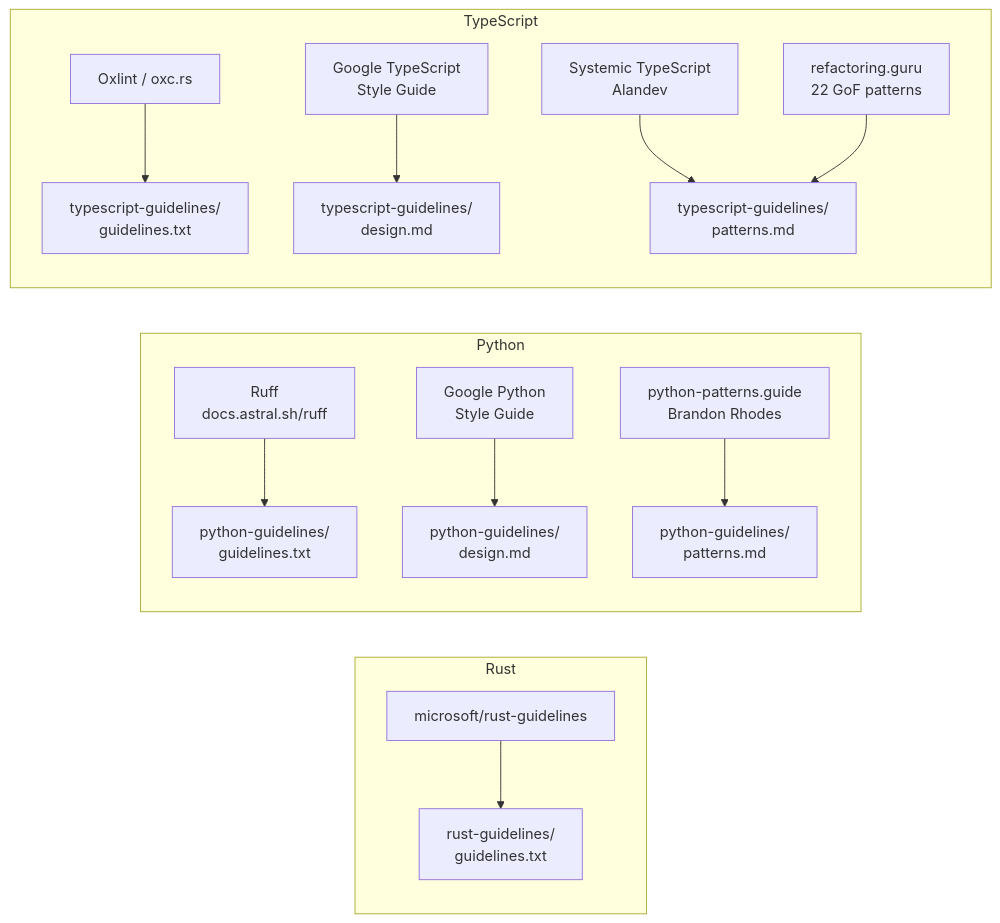
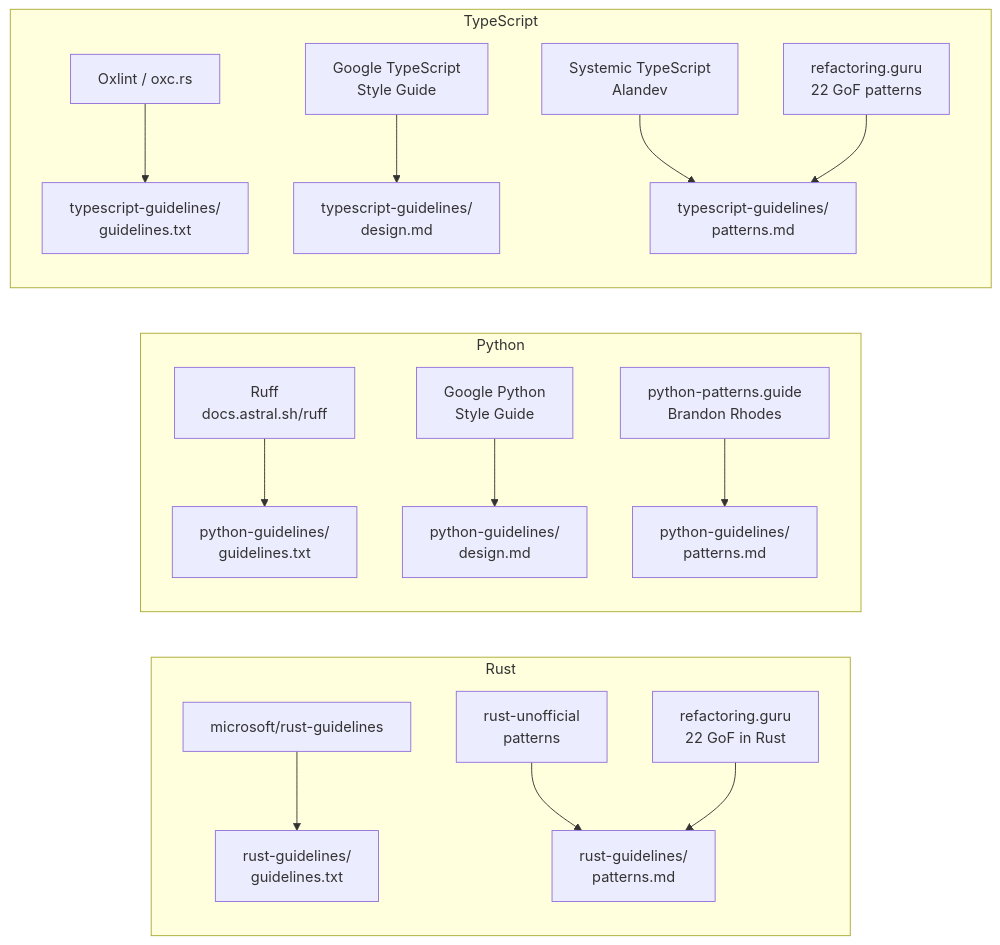
The second of 2 diagrams in README.md (youssef-tharwat/lang-guidelines), drawn with Mermaid before and after one commit. The commit also changed other lines of this file and 3 other files, not shown here.

````diff
--- a/README.md
+++ b/README.md
@@ -53,17 +55,19 @@
 ```mermaid
 flowchart LR
     subgraph Rust
         R1[microsoft/rust-guidelines] --> RG[rust-guidelines/<br/>guidelines.txt]
+        R2[rust-unofficial<br/>patterns] --> RP[rust-guidelines/<br/>patterns.md]
+        R3[refactoring.guru<br/>22 GoF in Rust] --> RP
     end
     subgraph Python
         P1[Ruff<br/>docs.astral.sh/ruff] --> PG[python-guidelines/<br/>guidelines.txt]
         P2[Google Python<br/>Style Guide] --> PD[python-guidelines/<br/>design.md]
         P3[python-patterns.guide<br/>Brandon Rhodes] --> PP[python-guidelines/<br/>patterns.md]
     end
     subgraph TypeScript
         T1[Oxlint / oxc.rs] --> TG[typescript-guidelines/<br/>guidelines.txt]
         T2[Google TypeScript<br/>Style Guide] --> TD[typescript-guidelines/<br/>design.md]
         T3[Systemic TypeScript<br/>Alandev] --> TP[typescript-guidelines/<br/>patterns.md]
         T4[refactoring.guru<br/>22 GoF patterns] --> TP
     end
 ```
````
